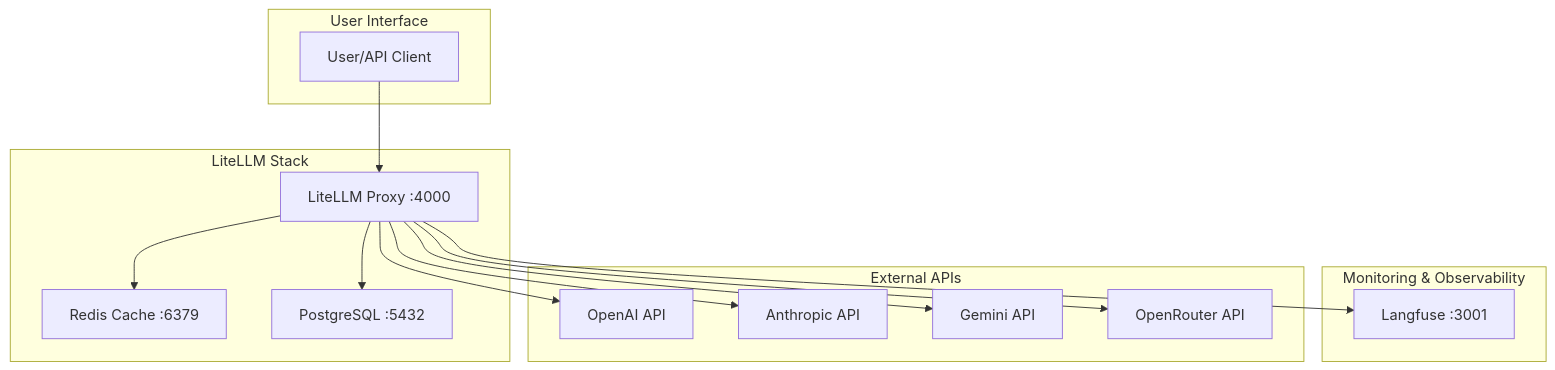
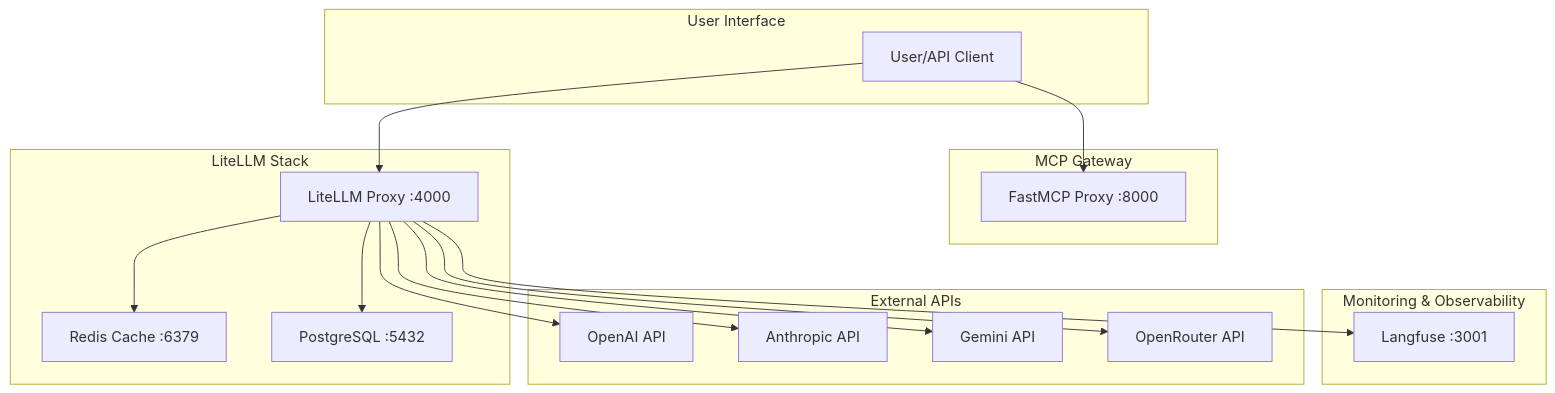
One commit to HikaruEgashira/ai-infra changed the diagram in README.md. Above: the diagram before and after it, drawn with Mermaid. The commit also changed other lines of this file, not shown here.

First line of the commit message:
docs: add fastmcp proxy documentation

````diff
--- a/README.md
+++ b/README.md
@@ -7,33 +7,38 @@
 ```mermaid
 graph TB
     subgraph "User Interface"
         UI[User/API Client]
     end
-    
+
+    subgraph "MCP Gateway"
+        FASTMCP[FastMCP Proxy :8000]
+    end
+
     subgraph "LiteLLM Stack"
         LLM[LiteLLM Proxy :4000]
         REDIS[Redis Cache :6379]
         POSTGRES[PostgreSQL :5432]
     end
-    
+
     subgraph "Monitoring & Observability"
         LANGFUSE[Langfuse :3001]
     end
-    
+
     subgraph "External APIs"
         OPENAI[OpenAI API]
         ANTHROPIC[Anthropic API]
         GEMINI[Gemini API]
         OPENROUTER[OpenRouter API]
     end
-    
+
+    UI --> FASTMCP
     UI --> LLM
     LLM --> REDIS
     LLM --> POSTGRES
     LLM --> OPENAI
     LLM --> ANTHROPIC
     LLM --> GEMINI
     LLM --> OPENROUTER
-    
+
     LLM --> LANGFUSE
 ```
````
